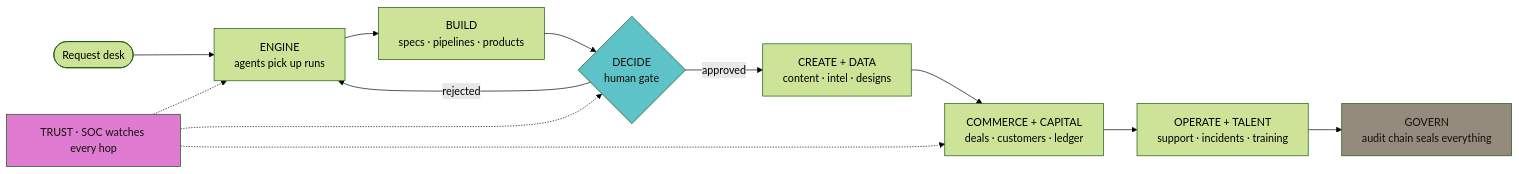
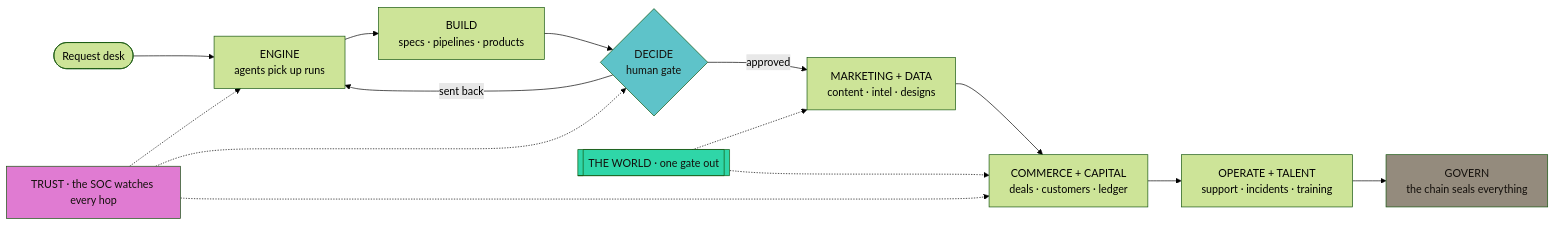
One commit to itzzexe/ALPHACORE changed the second of 2 diagrams in crucible-core/README.md. Above: the diagram before and after it, drawn with Mermaid (forest theme). The commit also changed other lines of this file and 2 other files, not shown here.

````diff
--- a/crucible-core/README.md
+++ b/crucible-core/README.md
@@ -90,17 +243,20 @@
 ```mermaid
 flowchart LR
   REQ([Request desk]) --> ENG[ENGINE<br/>agents pick up runs]
   ENG --> BLD[BUILD<br/>specs · pipelines · products]
   BLD --> GATE{DECIDE<br/>human gate}
-  GATE -->|approved| MKT[CREATE + DATA<br/>content · intel · designs]
-  GATE -->|rejected| ENG
+  GATE -->|approved| MKT[MARKETING + DATA<br/>content · intel · designs]
+  GATE -->|sent back| ENG
   MKT --> COM[COMMERCE + CAPITAL<br/>deals · customers · ledger]
   COM --> OPS[OPERATE + TALENT<br/>support · incidents · training]
-  OPS --> GOV[GOVERN<br/>audit chain seals everything]
-  TRUST[TRUST · SOC watches every hop] -.-> ENG
+  OPS --> GOV[GOVERN<br/>the chain seals everything]
+  TRUST[TRUST · the SOC watches every hop] -.-> ENG
   TRUST -.-> GATE
   TRUST -.-> COM
+  WORLD[[THE WORLD · one gate out]] -.-> MKT
+  WORLD -.-> COM
   style GATE fill:#5ec3c9,color:#14100c
   style GOV fill:#948b7d,color:#14100c
   style TRUST fill:#e07bd2,color:#14100c
+  style WORLD fill:#2fd6a8,color:#14100c
 ```
````
